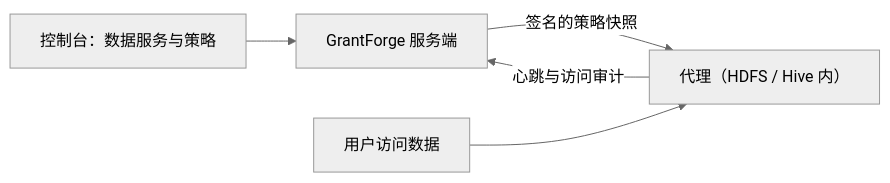
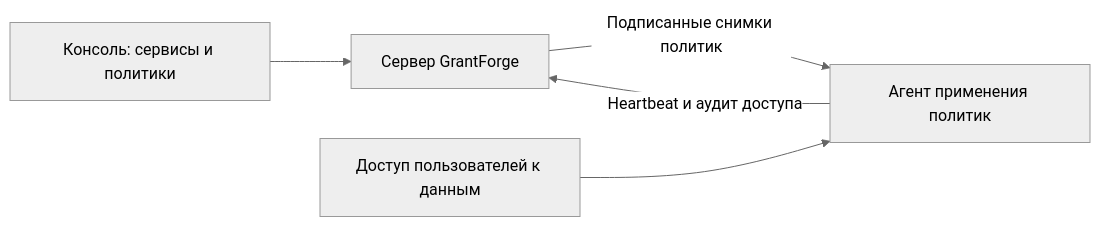
The diagram in docs/content/ru/external/data-services.md (devlive-community/grantforge), drawn with Mermaid (neutral theme) before and after one commit. The commit also changed other lines of this file and 45 other files, not shown here.

````diff
--- a/docs/content/ru/external/data-services.md
+++ b/docs/content/ru/external/data-services.md
@@ -17,7 +17,7 @@
 ```mermaid
 flowchart LR
-  C[控制台：数据服务与策略] --> S[GrantForge 服务端]
-  S -->|签名的策略快照| A[代理（HDFS / Hive 内）]
-  A -->|心跳与访问审计| S
-  U[用户访问数据] --> A
+  C["Консоль: сервисы и политики"] --> S["Сервер GrantForge"]
+  S -->|Подписанные снимки политик| A["Агент применения политик"]
+  A -->|Heartbeat и аудит доступа| S
+  U["Доступ пользователей к данным"] --> A
 ```
````
